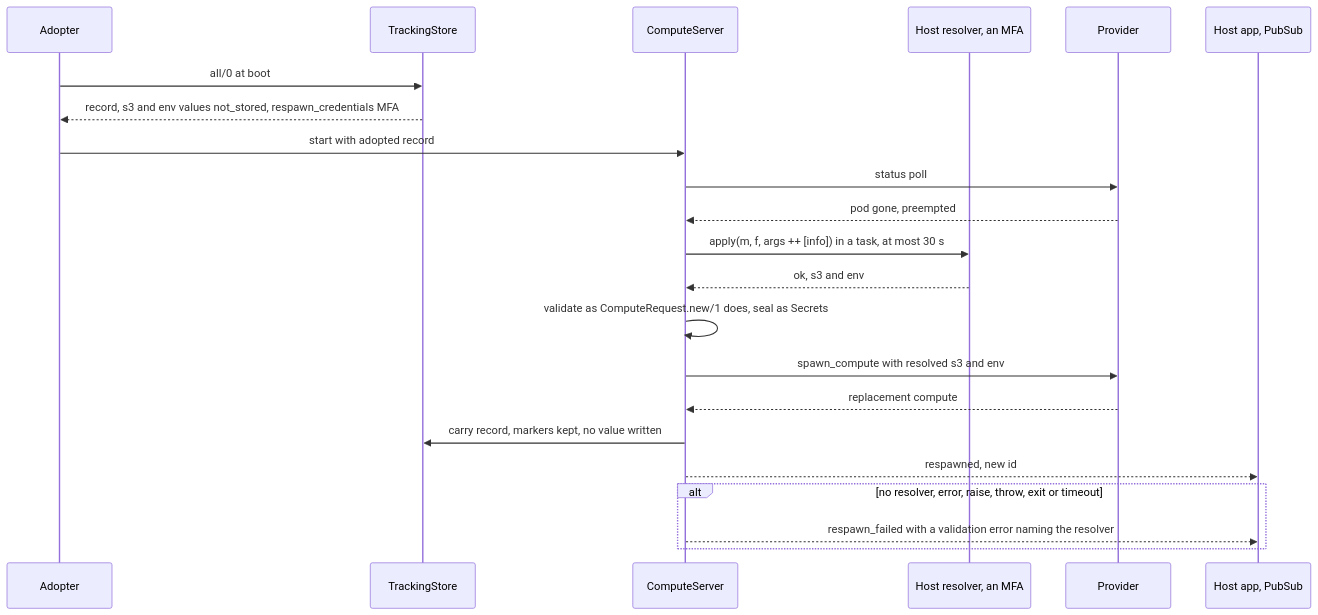
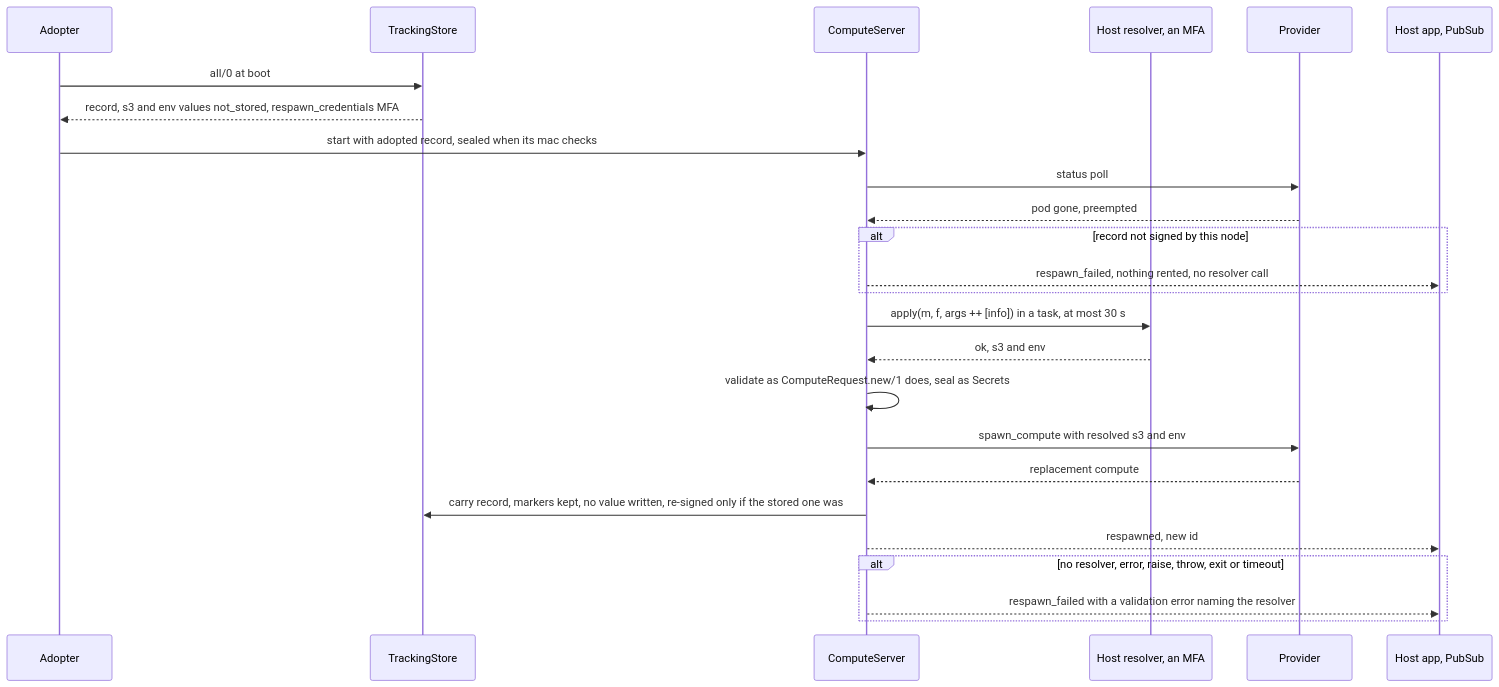
The fourth of 12 diagrams in docs/architecture.md (udin-io/ex_atlas), drawn with Mermaid before and after one commit. The commit also changed other lines of this file and 14 other files, not shown here.

First line of the commit message:
An adopted task respawns only from a tracking record this node signed (#135)

````diff
--- a/docs/architecture.md
+++ b/docs/architecture.md
@@ -172,24 +176,27 @@
 ```mermaid
 sequenceDiagram
   participant Ad as Adopter
   participant St as TrackingStore
   participant CS as ComputeServer
   participant R as Host resolver, an MFA
   participant P as Provider
   participant Host as Host app, PubSub
   Ad->>St: all/0 at boot
   St-->>Ad: record, s3 and env values not_stored, respawn_credentials MFA
-  Ad->>CS: start with adopted record
+  Ad->>CS: start with adopted record, sealed when its mac checks
   CS->>P: status poll
   P-->>CS: pod gone, preempted
+  alt record not signed by this node
+  CS-->>Host: respawn_failed, nothing rented, no resolver call
+  end
   CS->>R: apply(m, f, args ++ [info]) in a task, at most 30 s
   R-->>CS: ok, s3 and env
   CS->>CS: validate as ComputeRequest.new/1 does, seal as Secrets
   CS->>P: spawn_compute with resolved s3 and env
   P-->>CS: replacement compute
-  CS->>St: carry record, markers kept, no value written
+  CS->>St: carry record, markers kept, no value written, re-signed only if the stored one was
   CS-->>Host: respawned, new id
   alt no resolver, error, raise, throw, exit or timeout
   CS-->>Host: respawn_failed with a validation error naming the resolver
   end
 ```
````
